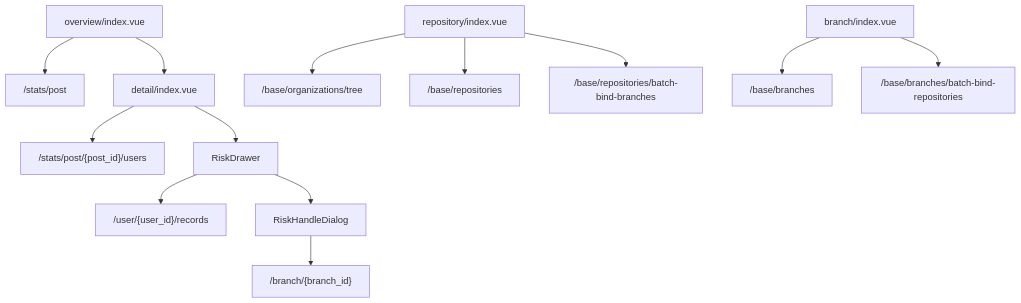
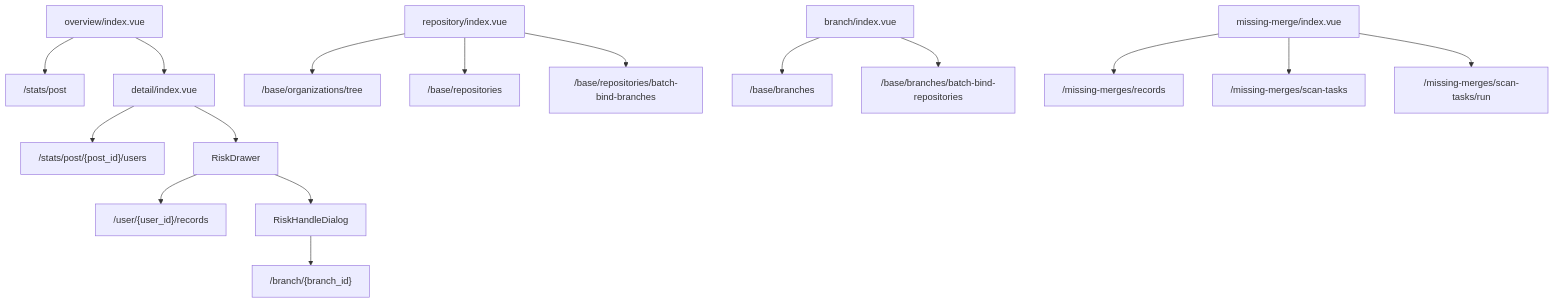
The diagram in web/docs/src/frontend/views/code-compliance.md (zrqg-znb/Focus_Admin), drawn with Mermaid before and after one commit. The commit also changed other lines of this file and 19 other files, not shown here.

````diff
--- a/web/docs/src/frontend/views/code-compliance.md
+++ b/web/docs/src/frontend/views/code-compliance.md
@@ -40,15 +39,18 @@
 ```mermaid
 flowchart TD
     Overview["overview/index.vue"] --> PostStats["/stats/post"]
     Overview --> Detail["detail/index.vue"]
     Detail --> UserStats["/stats/post/{post_id}/users"]
     Detail --> Drawer["RiskDrawer"]
     Drawer --> Records["/user/{user_id}/records"]
     Drawer --> Dialog["RiskHandleDialog"]
     Dialog --> Update["/branch/{branch_id}"]
     Repository["repository/index.vue"] --> OrgTree["/base/organizations/tree"]
     Repository --> RepoList["/base/repositories"]
     Repository --> BindBranch["/base/repositories/batch-bind-branches"]
     Branch["branch/index.vue"] --> BranchList["/base/branches"]
     Branch --> BindRepo["/base/branches/batch-bind-repositories"]
+    MissingMerge["missing-merge/index.vue"] --> MissingRecords["/missing-merges/records"]
+    MissingMerge --> MissingTasks["/missing-merges/scan-tasks"]
+    MissingMerge --> RunScan["/missing-merges/scan-tasks/run"]
 ```
````
